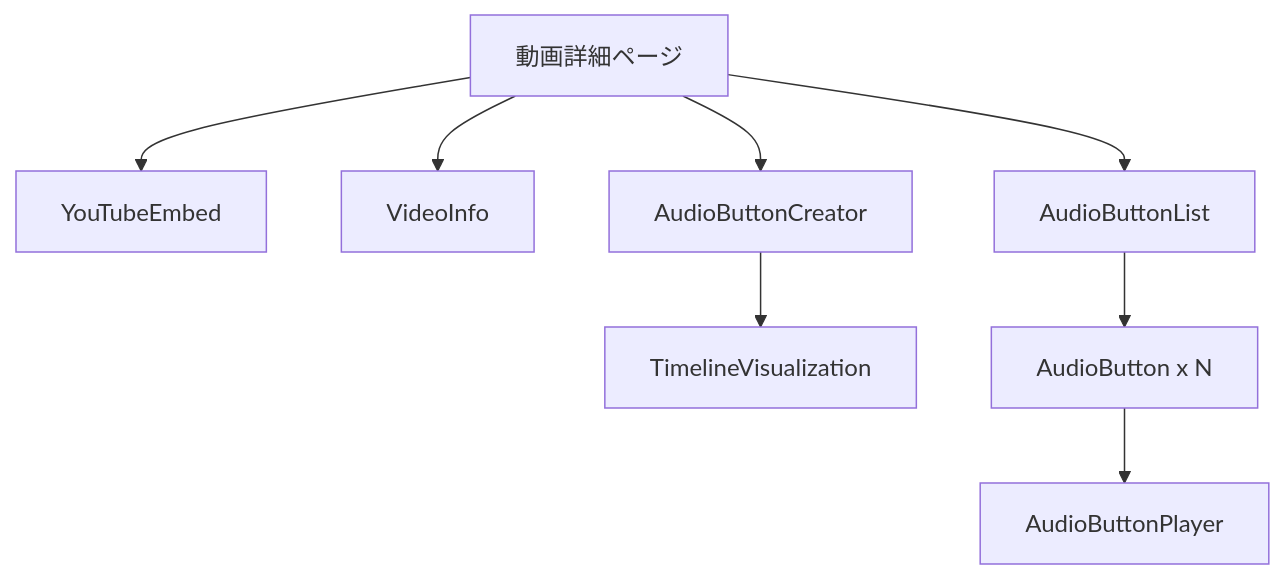
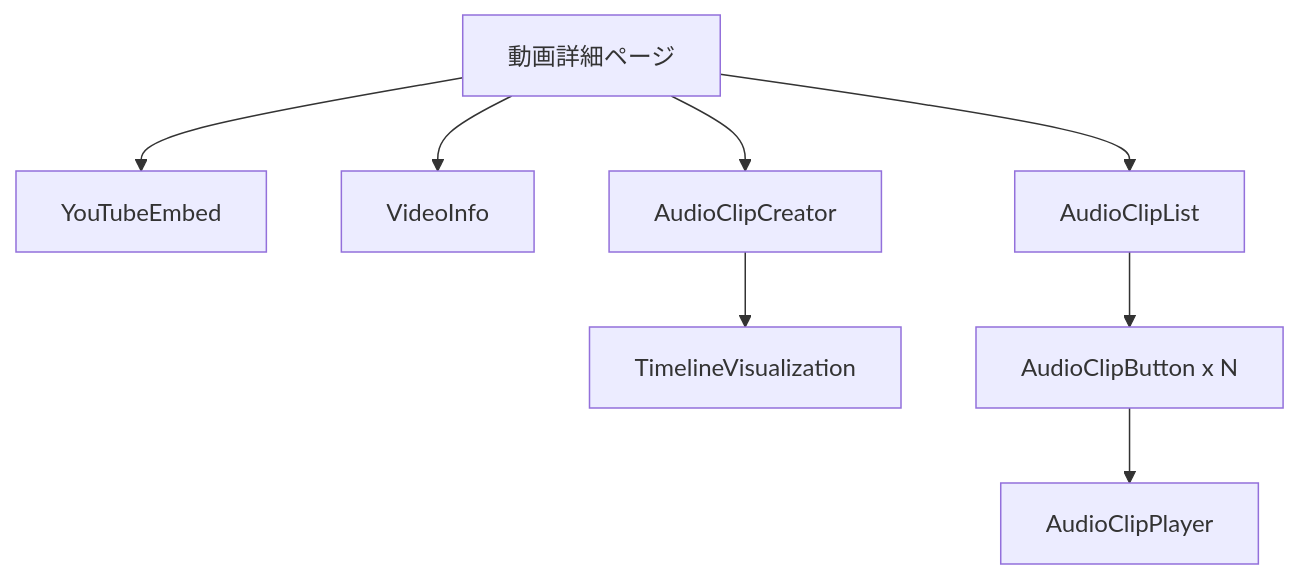
Before and after one commit to nothink-jp/suzumina.click: the second of 2 diagrams in docs/AUDIO_CLIP_DESIGN.md, drawn with Mermaid. The commit also changed other lines of this file and 4 other files, not shown here.

Commit message:
feat: timeline feature

````diff
--- a/docs/AUDIO_CLIP_DESIGN.md
+++ b/docs/AUDIO_CLIP_DESIGN.md
@@ -264,10 +264,10 @@
 ```mermaid
 graph TD
     A[動画詳細ページ] --> B[YouTubeEmbed]
     A --> C[VideoInfo]
-    A --> D[AudioButtonCreator]
+    A --> D[AudioClipCreator]
     D --> H[TimelineVisualization]
-    A --> E[AudioButtonList]
-    E --> F[AudioButton x N]
-    F --> G[AudioButtonPlayer]
+    A --> E[AudioClipList]
+    E --> F[AudioClipButton x N]
+    F --> G[AudioClipPlayer]
 ```
````
